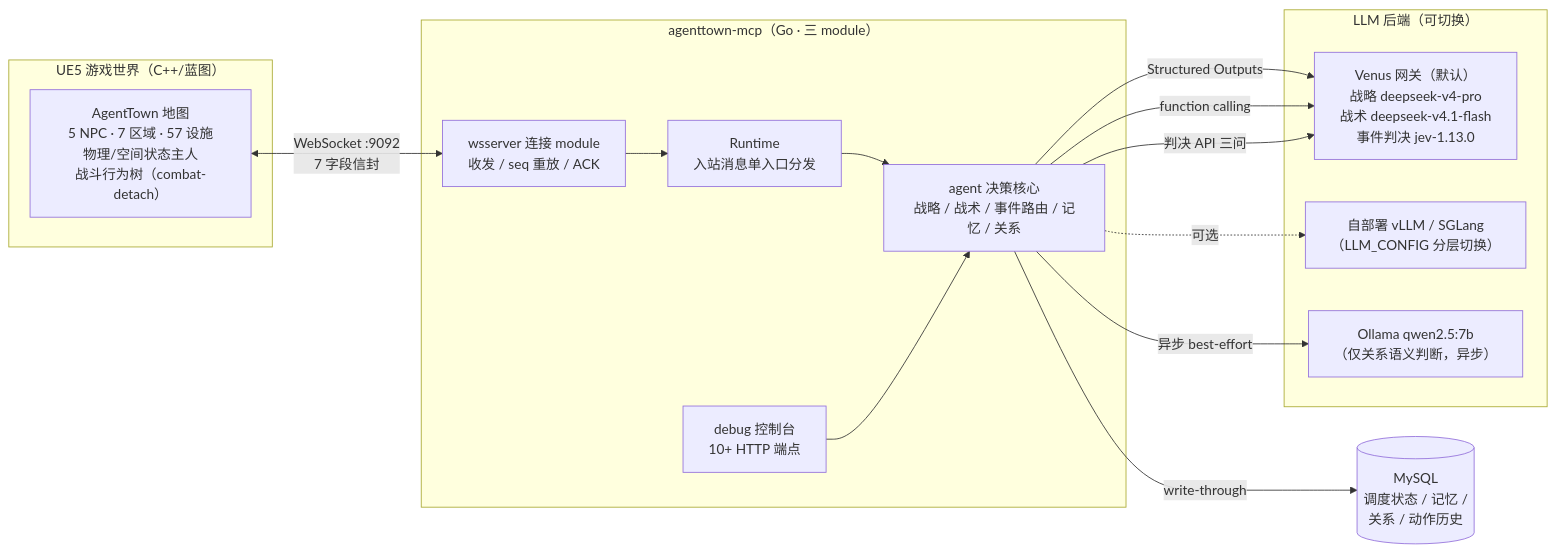
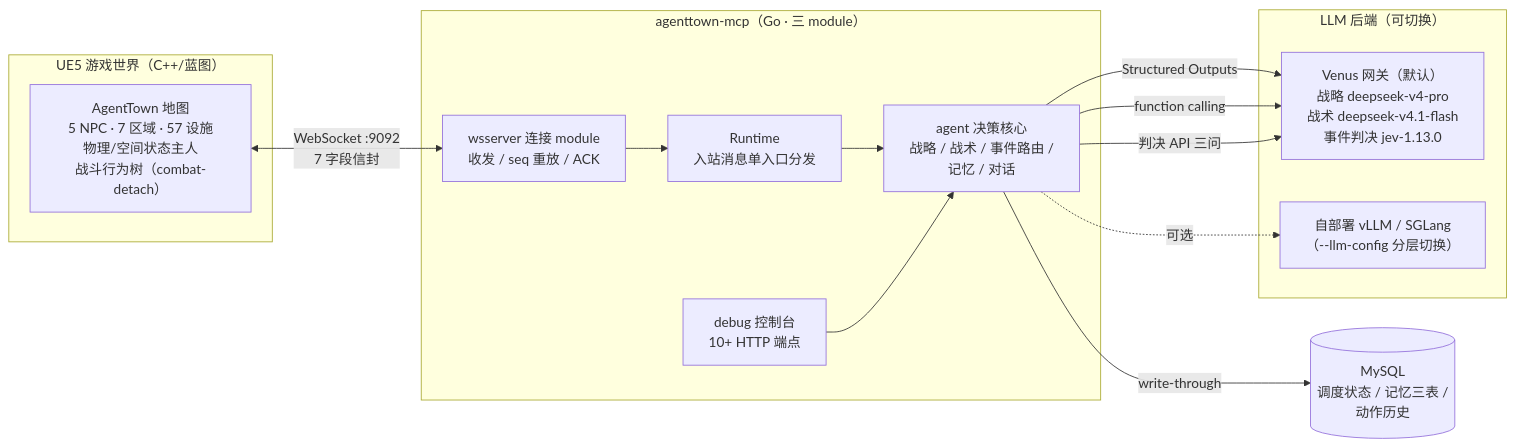
The first of 3 diagrams in README.md (yitian-chen/SmartNPC), drawn with Mermaid before and after one commit. The commit also changed other lines of this file, not shown here.

First line of the commit message:
docs(readme): 对齐当前架构——三表长期记忆、对话守约体系、Ollama 移除

````diff
--- a/README.md
+++ b/README.md
@@ -28,28 +30,26 @@
 ```mermaid
 graph LR
     subgraph UE["UE5 游戏世界（C++/蓝图）"]
         UE5["AgentTown 地图<br/>5 NPC · 7 区域 · 57 设施<br/>物理/空间状态主人<br/>战斗行为树（combat-detach）"]
     end
     subgraph MCP["agenttown-mcp（Go · 三 module）"]
         WS["wsserver 连接 module<br/>收发 / seq 重放 / ACK"]
         RT["Runtime<br/>入站消息单入口分发"]
-        AG["agent 决策核心<br/>战略 / 战术 / 事件路由 / 记忆 / 关系"]
+        AG["agent 决策核心<br/>战略 / 战术 / 事件路由 /<br/>记忆 / 对话"]
         DBG["debug 控制台<br/>10+ HTTP 端点"]
     end
     subgraph LLM["LLM 后端（可切换）"]
         VENUS["Venus 网关（默认）<br/>战略 deepseek-v4-pro<br/>战术 deepseek-v4.1-flash<br/>事件判决 jev-1.13.0"]
-        SELF["自部署 vLLM / SGLang<br/>（LLM_CONFIG 分层切换）"]
-        OLLAMA["Ollama qwen2.5:7b<br/>（仅关系语义判断，异步）"]
+        SELF["自部署 vLLM / SGLang<br/>（--llm-config 分层切换）"]
     end
-    MYSQL[("MySQL<br/>调度状态 / 记忆 /<br/>关系 / 动作历史")]
+    MYSQL[("MySQL<br/>调度状态 / 记忆三表 /<br/>动作历史")]
 
     UE5 <-->|"WebSocket :9092<br/>7 字段信封"| WS
     WS --> RT --> AG
     AG -->|"Structured Outputs"| VENUS
     AG -->|"function calling"| VENUS
     AG -->|"判决 API 三问"| VENUS
     AG -.->|可选| SELF
-    AG -->|异步 best-effort| OLLAMA
     AG -->|"write-through"| MYSQL
     DBG --> AG
 ```
````
